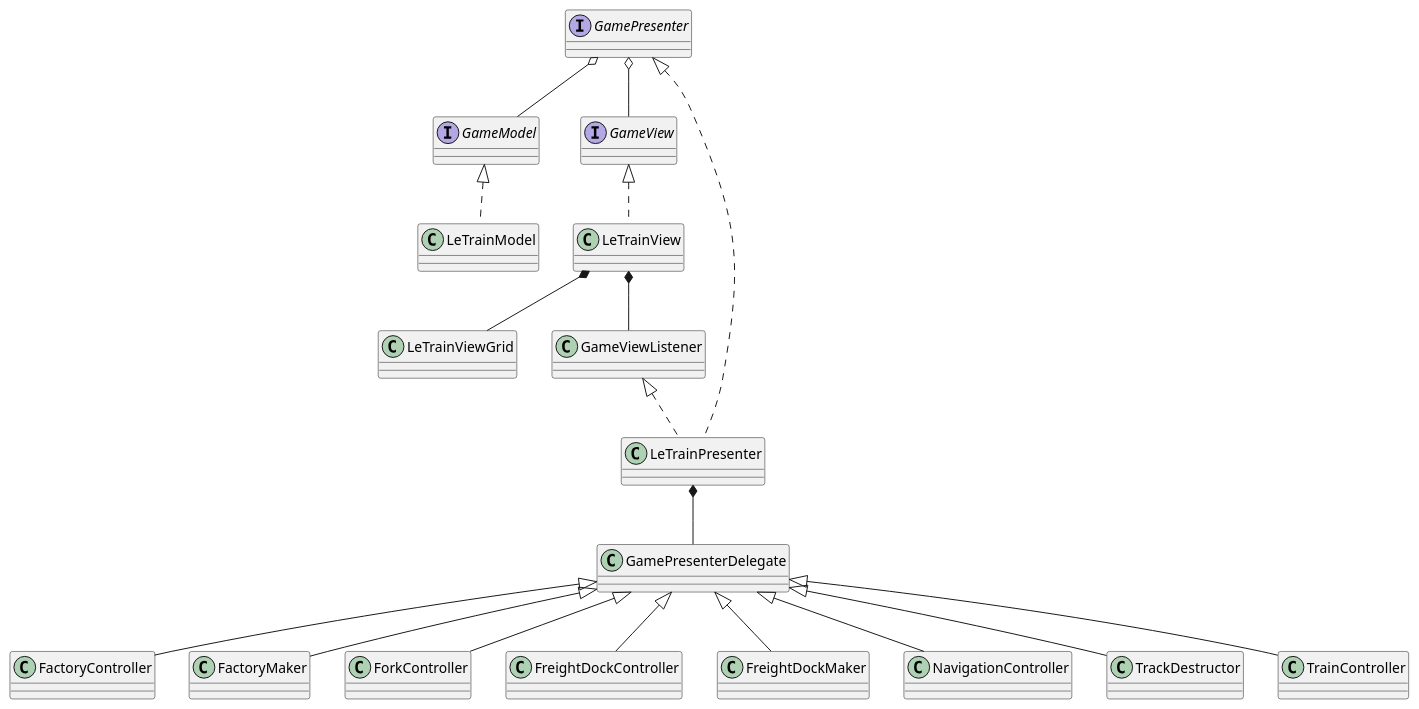
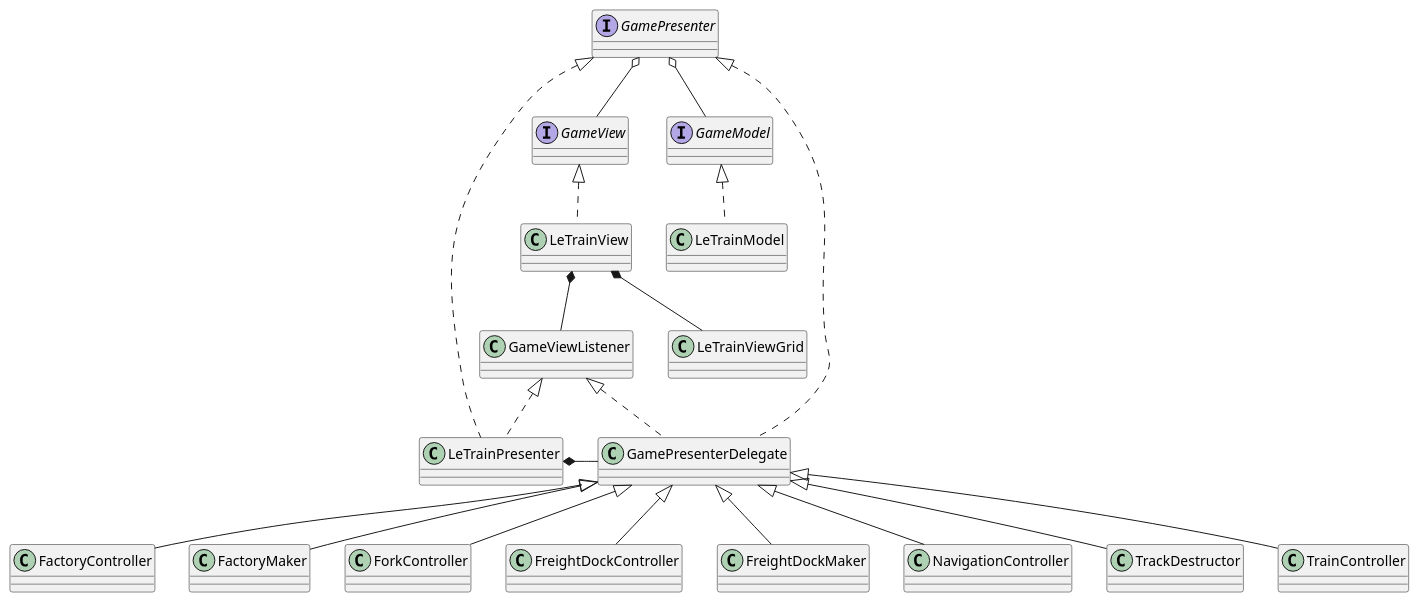
One commit to antoniovazquezaraujo/LeTrain changed the fourth of 4 diagrams in Help.adoc. Above: the diagram before and after it, drawn with PlantUML. The commit also changed 17 other files, not shown here.

```diff
--- a/Help.adoc
+++ b/Help.adoc
@@ -116,30 +116,32 @@
 [plantuml, mvp, png]
 ....
 interface GamePresenter
 interface GameModel
 interface GameView
 
 class LeTrainView
 class LeTrainPresenter
 class LeTrainViewGrid
 class LeTrainModel
 
 GameModel <|.. LeTrainModel
 GamePresenter <|.. LeTrainPresenter
 GameView <|.. LeTrainView
 LeTrainView *-- GameViewListener
 LeTrainView *-- LeTrainViewGrid
 GamePresenter o-- GameView
 GamePresenter o-- GameModel
-LeTrainPresenter *-- GamePresenterDelegate
+GamePresenter <|.. GamePresenterDelegate
+GameViewListener <|.. GamePresenterDelegate
+LeTrainPresenter *-ri- GamePresenterDelegate
 GameViewListener <|..  LeTrainPresenter
 GamePresenterDelegate <|-- FactoryController
 GamePresenterDelegate <|-- FactoryMaker
 GamePresenterDelegate <|-- ForkController
 GamePresenterDelegate <|-- FreightDockController
 GamePresenterDelegate <|-- FreightDockMaker
 GamePresenterDelegate <|-- NavigationController
 GamePresenterDelegate <|-- TrackDestructor
 GamePresenterDelegate <|-- TrainController
 
 ....
```
